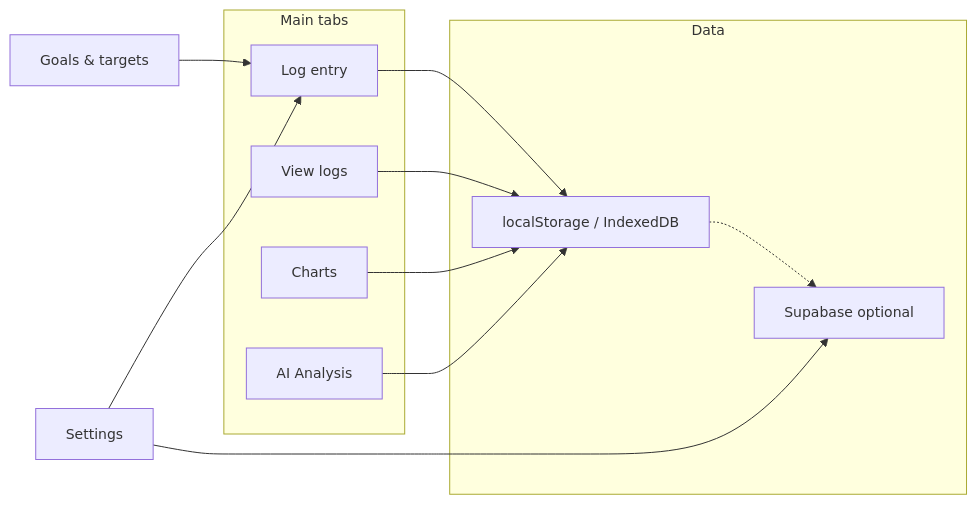
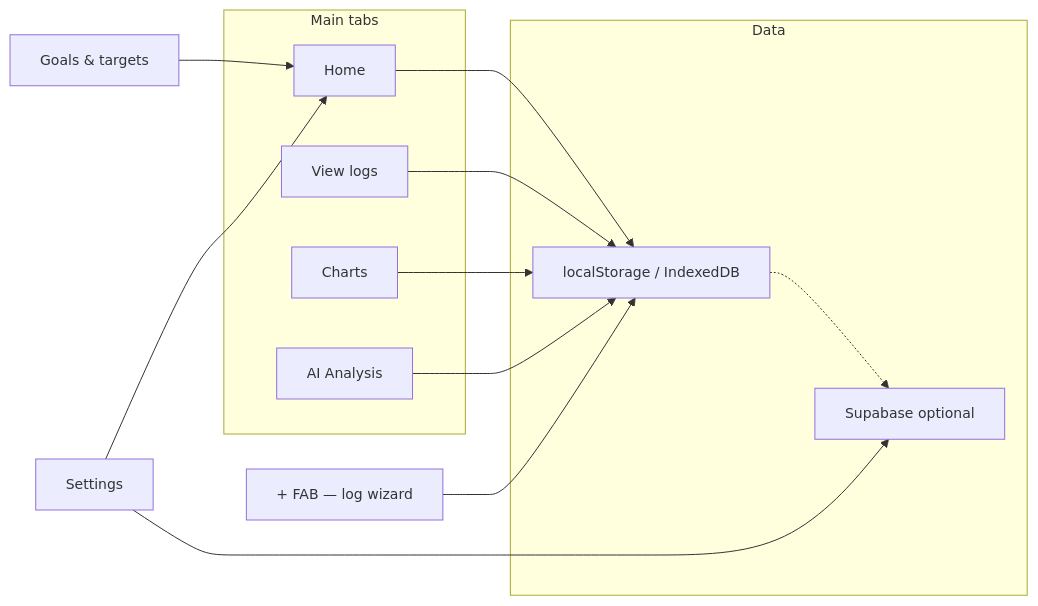
The first of 3 diagrams in README.md (Metaheurist/Rianell), drawn with Mermaid before and after one commit. The commit also changed other lines of this file and 4 other files, not shown here.

````diff
--- a/README.md
+++ b/README.md
@@ -23,22 +23,24 @@
 ```mermaid
 %%{init: {'themeVariables': {'fontSize': '14px'}, 'flowchart': {'useMaxWidth': false, 'nodeSpacing': 50, 'rankSpacing': 45}}}%%
 flowchart LR
   subgraph tabs [Main tabs]
-    Log[Log entry]
+    Home[Home]
     View[View logs]
     Charts[Charts]
     AI[AI Analysis]
   end
   subgraph data [Data]
     Local[localStorage / IndexedDB]
     Cloud[Supabase optional]
   end
-  Log --> Local
+  FAB["+ FAB — log wizard"]
+  Home --> Local
   View --> Local
   Charts --> Local
   AI --> Local
+  FAB --> Local
   Local -.-> Cloud
-  Goals[Goals & targets] --> Log
-  Settings[Settings] --> Log
+  Goals[Goals & targets] --> Home
+  Settings[Settings] --> Home
   Settings --> Cloud
 ```
````
